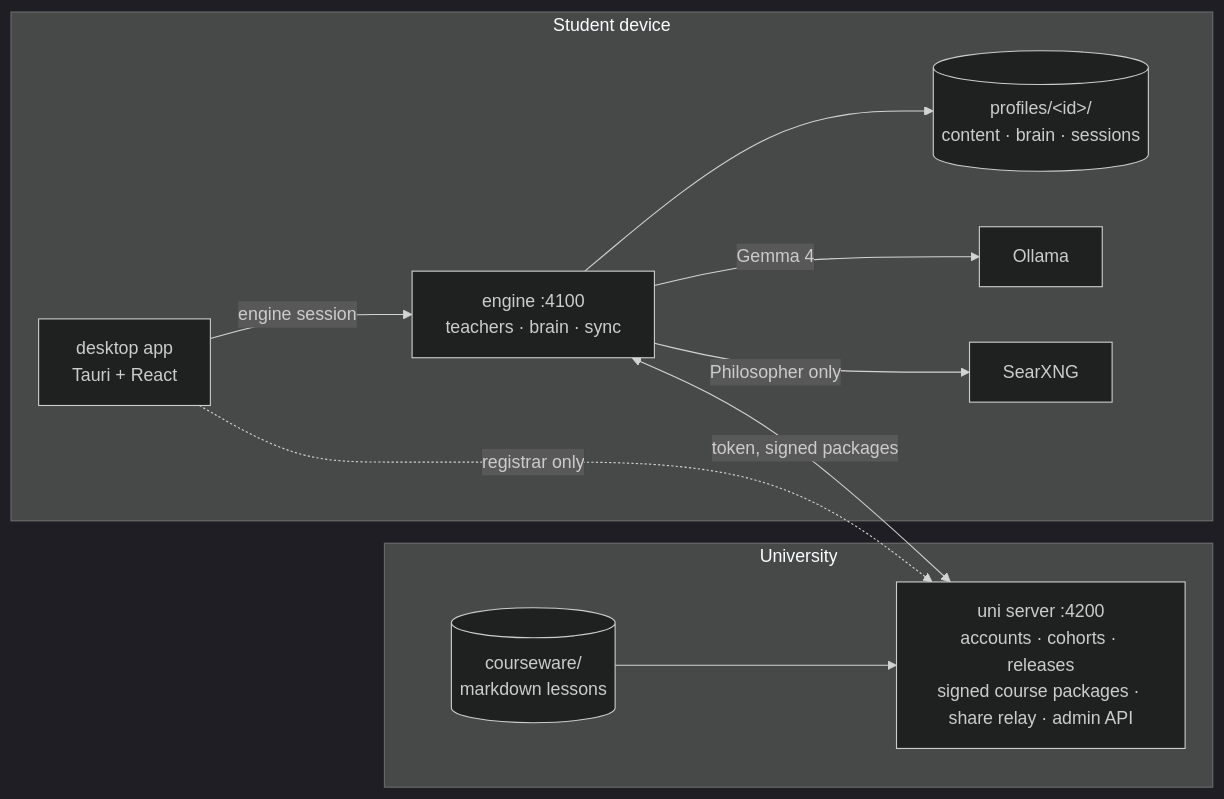
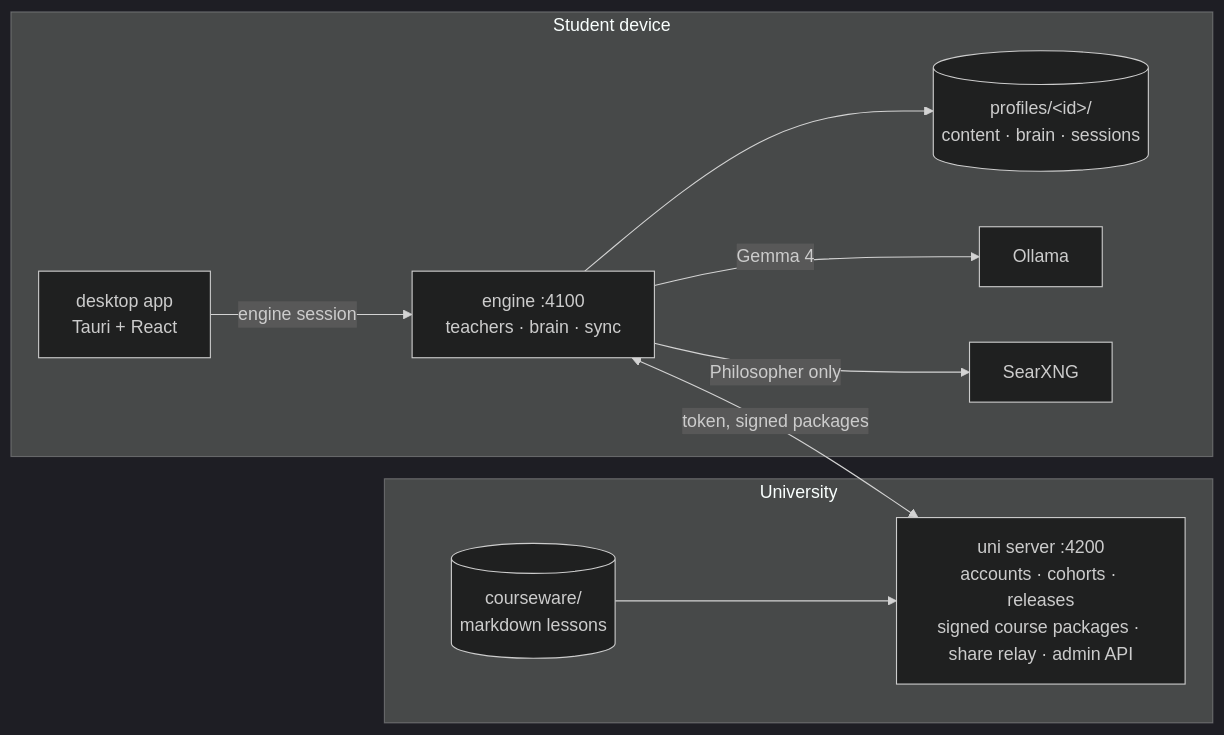
One commit to Larry8668/saint-elms-fire-app changed the diagram in README.md. Above: the diagram before and after it, drawn with Mermaid (dark theme). The commit also changed other lines of this file and 21 other files, not shown here.

````diff
--- a/README.md
+++ b/README.md
@@ -66,16 +67,15 @@
 ```mermaid
 flowchart LR
   subgraph University
     U[uni server :4200<br/>accounts · cohorts · releases<br/>signed course packages · share relay · admin API]
     C[(courseware/<br/>markdown lessons)]
     C --> U
   end
   subgraph Device["Student device"]
     A[desktop app<br/>Tauri + React] -->|engine session| E[engine :4100<br/>teachers · brain · sync]
     E --> P[(profiles/&lt;id&gt;/<br/>content · brain · sessions)]
     E -->|Gemma 4| O[Ollama]
     E -->|Philosopher only| S[SearXNG]
   end
   E <-->|token, signed packages| U
-  A -.->|registrar only| U
 ```
````
